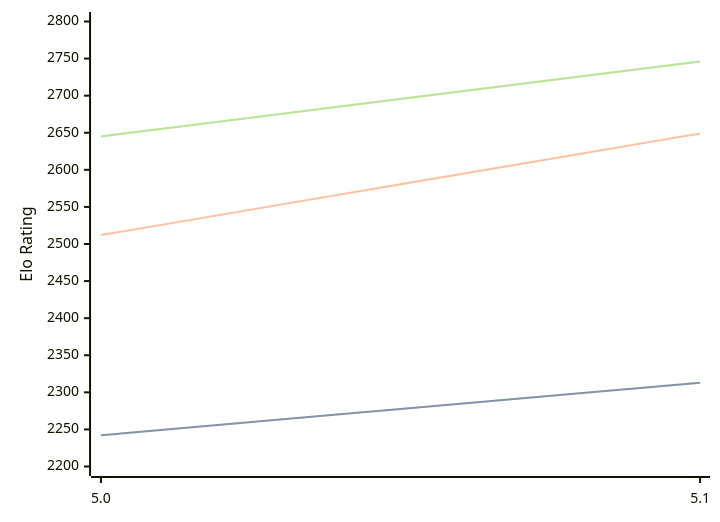
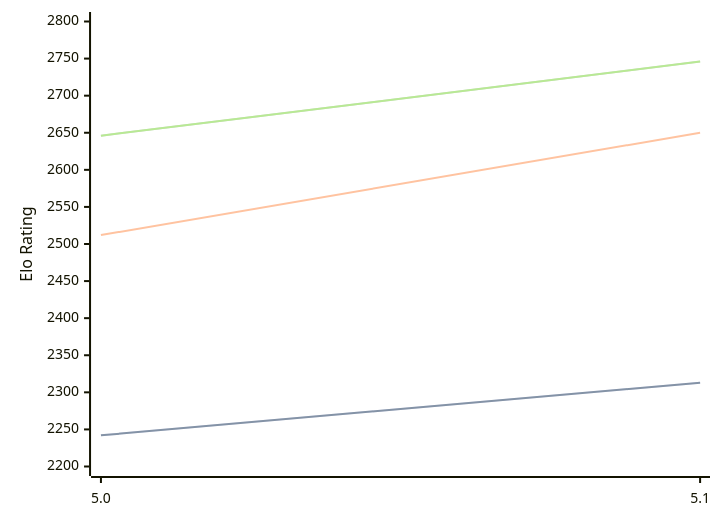
Before and after one commit to computer-chess-index/cci: the diagram in engines/Dorky.md, drawn with Mermaid. The commit also changed other lines of this file, not shown here.

Commit message:
Update CCI Ratings (ELO VLTC) - 2026-10-08

````diff
--- a/engines/Dorky.md
+++ b/engines/Dorky.md
@@ -32,11 +32,11 @@
 ```mermaid
 %%{init: {"theme":"base","themeVariables":{"seriesColors:['#a3a3a3','#222221','#faa371']}}}%%
 xychart-beta
   x-axis ["5.0", "5.1"]
   y-axis "Elo Rating" 2200 --> 2800
   line "" [2242, 2313]
   line "STC (8.0+0.08s)" [2242, 2313]
-  line "LTC (60.0+0.60s)" [2512, 2649]
-  line "" [2645, 2746]
-  line "VLTC (2m24s+1.12s)" [2645, 2746]
+  line "LTC (60.0+0.60s)" [2512, 2650]
+  line "" [2646, 2746]
+  line "VLTC (2m24s+1.12s)" [2646, 2746]
 ```
````
